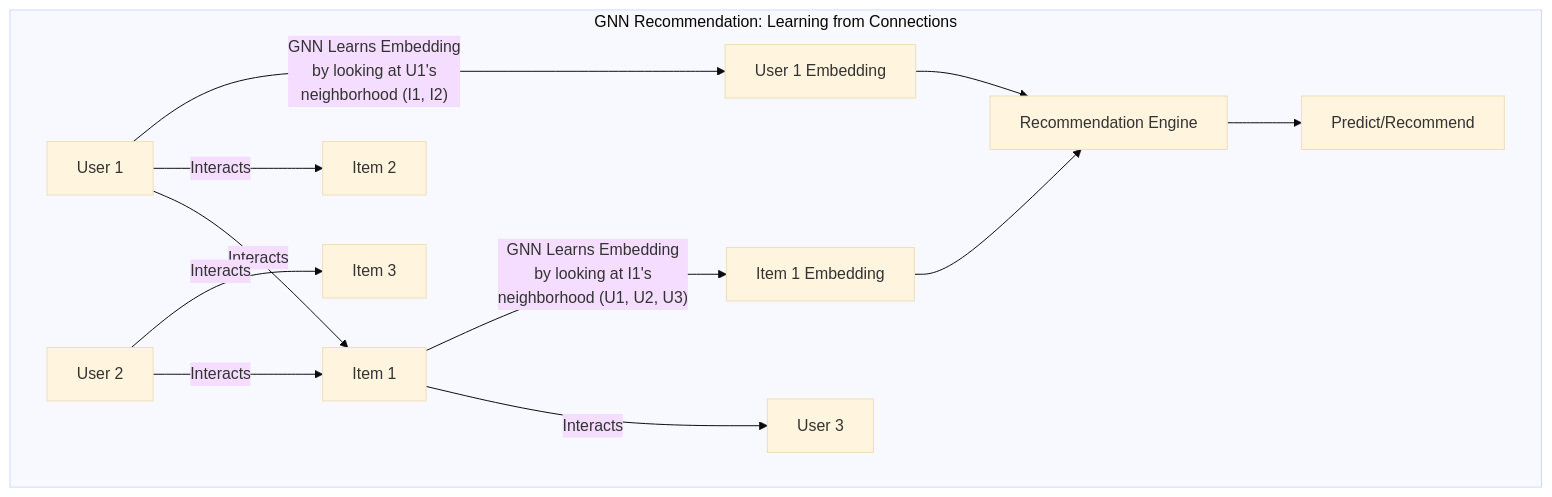
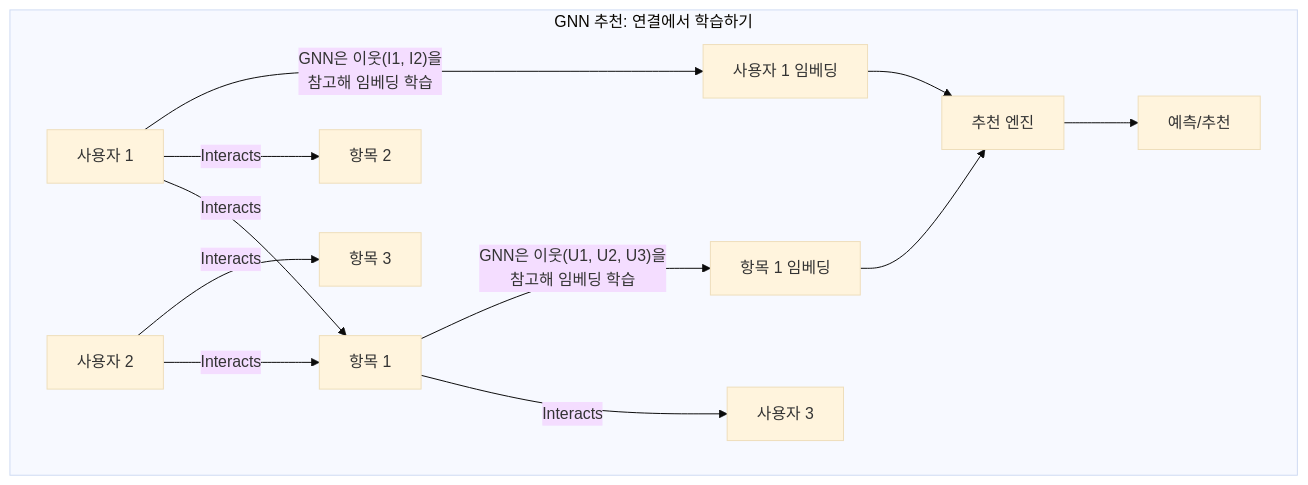
Before and after one commit to gh-shin/suggest-models-example: the tenth of 11 diagrams in ConstructivistLearningPath.md, drawn with Mermaid (base theme). The commit also changed other lines of this file and 1 other file, not shown here.

````diff
--- a/ConstructivistLearningPath.md
+++ b/ConstructivistLearningPath.md
@@ -363,18 +360,18 @@
     ```mermaid
     graph TD
-        subgraph "GNN Recommendation: Learning from Connections"
+        subgraph "GNN 추천: 연결에서 학습하기"
             direction LR
-            U1["User 1"] -- Interacts --> I1["Item 1"]
-            U1 -- Interacts --> I2["Item 2"]
-            U2["User 2"] -- Interacts --> I1
-            U2 -- Interacts --> I3["Item 3"]
-            I1 -- Interacts --> U3["User 3"]
+            U1["사용자 1"] -- Interacts --> I1["항목 1"]
+            U1 -- Interacts --> I2["항목 2"]
+            U2["사용자 2"] -- Interacts --> I1
+            U2 -- Interacts --> I3["항목 3"]
+            I1 -- Interacts --> U3["사용자 3"]
 
-            U1 -- "GNN Learns Embedding\nby looking at U1's\nneighborhood (I1, I2)" --> Emb_U1["User 1 Embedding"]
-            I1 -- "GNN Learns Embedding\nby looking at I1's\nneighborhood (U1, U2, U3)" --> Emb_I1["Item 1 Embedding"]
+            U1 -- "GNN은 이웃(I1, I2)을\n참고해 임베딩 학습" --> Emb_U1["사용자 1 임베딩"]
+            I1 -- "GNN은 이웃(U1, U2, U3)을\n참고해 임베딩 학습" --> Emb_I1["항목 1 임베딩"]
 
-            Emb_U1 --> Rec_Engine["Recommendation Engine"]
+            Emb_U1 --> Rec_Engine["추천 엔진"]
             Emb_I1 --> Rec_Engine
-            Rec_Engine --> Final_Rec["Predict/Recommend"]
+            Rec_Engine --> Final_Rec["예측/추천"]
         end
     ```
````
